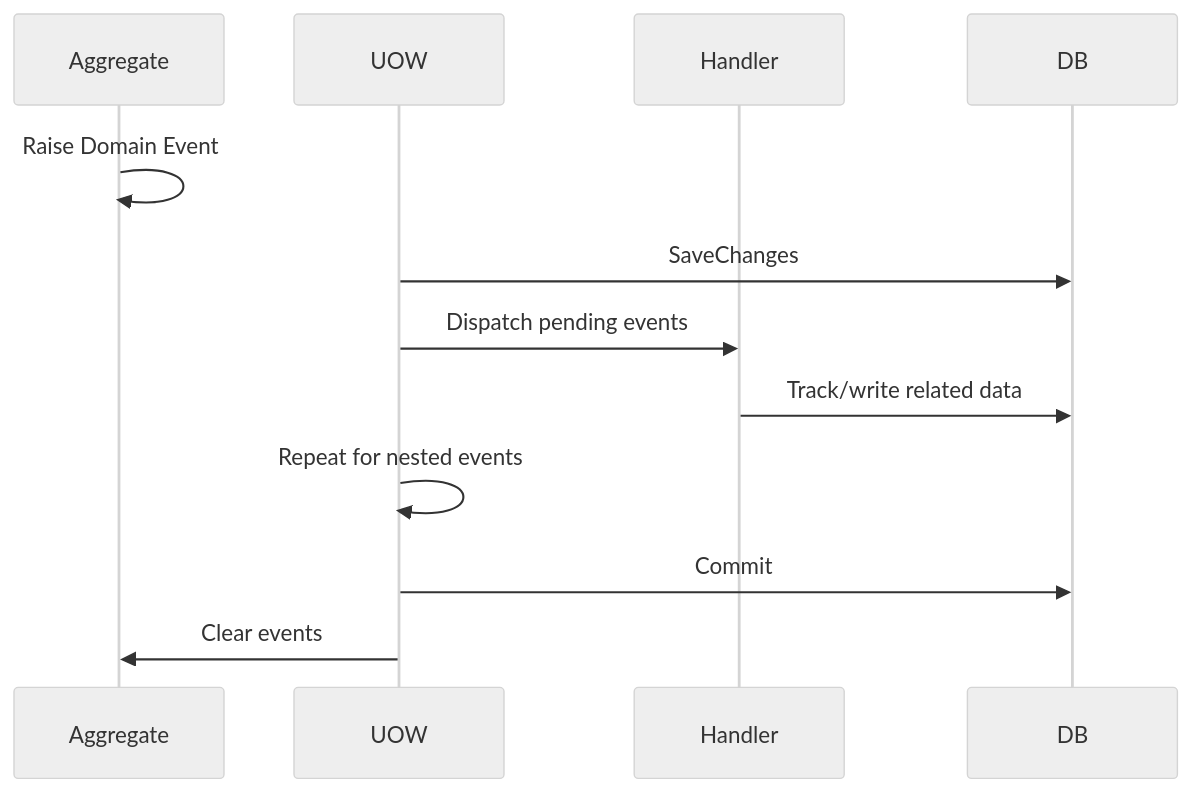
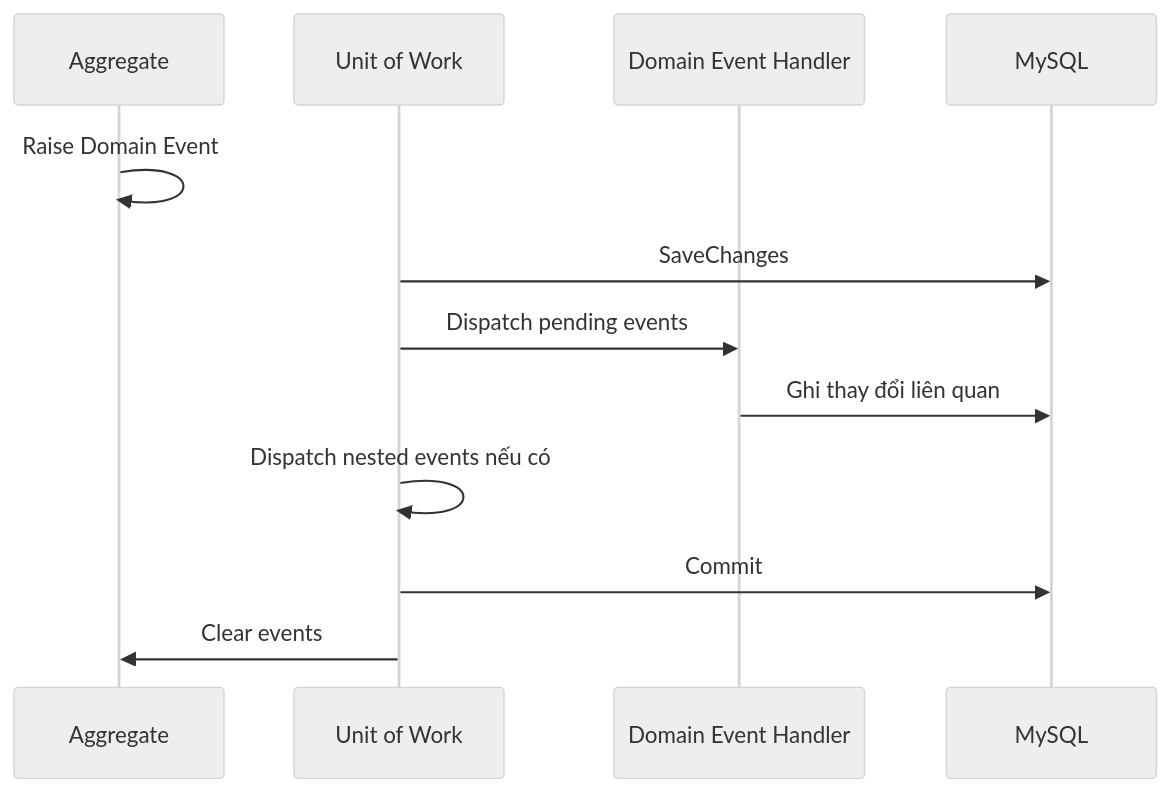
The first of 3 diagrams in backend/docs/architecture/event-architecture.md (trungdev26/food-delivery), drawn with Mermaid (neutral theme) before and after one commit. The commit also changed other lines of this file and 3 other files, not shown here.

Commit message:
docs: complete RabbitMQ architecture guide

````diff
--- a/backend/docs/architecture/event-architecture.md
+++ b/backend/docs/architecture/event-architecture.md
@@ -11,14 +20,14 @@
 ```mermaid
 sequenceDiagram
-    participant Aggregate
-    participant UOW
-    participant Handler
-    participant DB
-    Aggregate->>Aggregate: Raise Domain Event
-    UOW->>DB: SaveChanges
-    UOW->>Handler: Dispatch pending events
-    Handler->>DB: Track/write related data
-    UOW->>UOW: Repeat for nested events
-    UOW->>DB: Commit
-    UOW->>Aggregate: Clear events
+    participant A as Aggregate
+    participant U as Unit of Work
+    participant H as Domain Event Handler
+    participant DB as MySQL
+    A->>A: Raise Domain Event
+    U->>DB: SaveChanges
+    U->>H: Dispatch pending events
+    H->>DB: Ghi thay đổi liên quan
+    U->>U: Dispatch nested events nếu có
+    U->>DB: Commit
+    U->>A: Clear events
 ```
````
